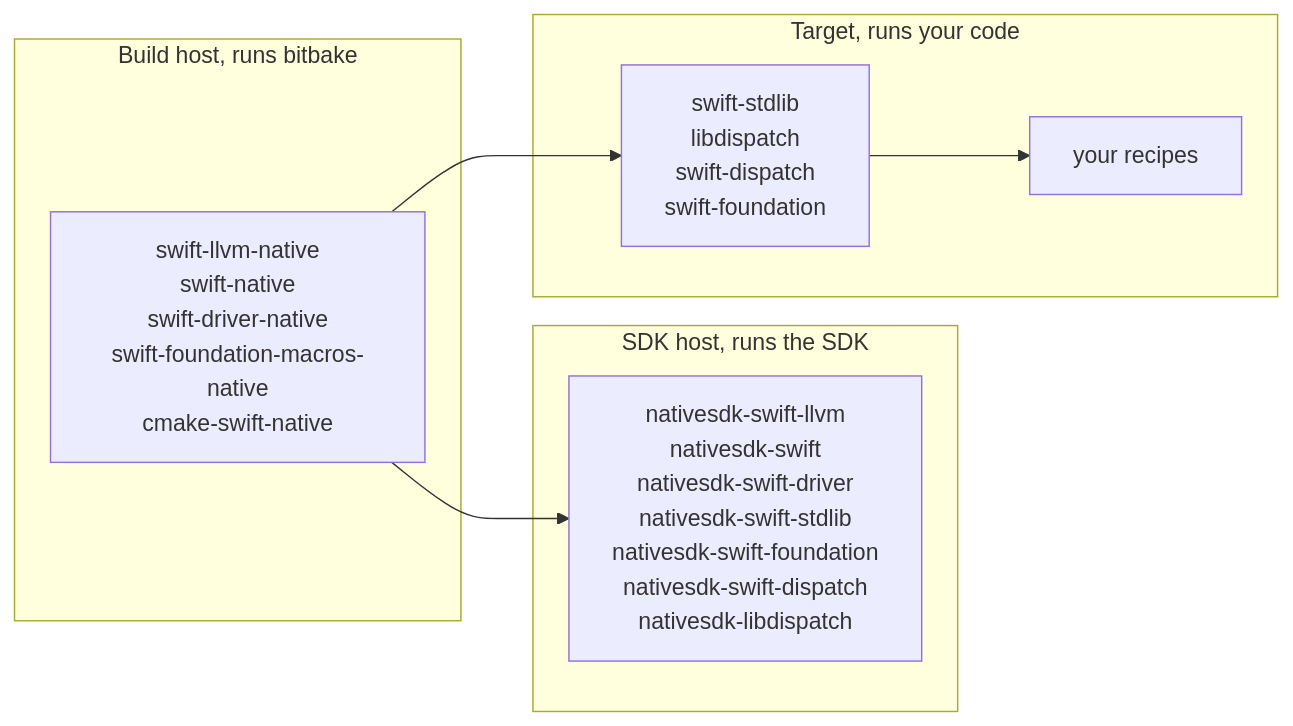
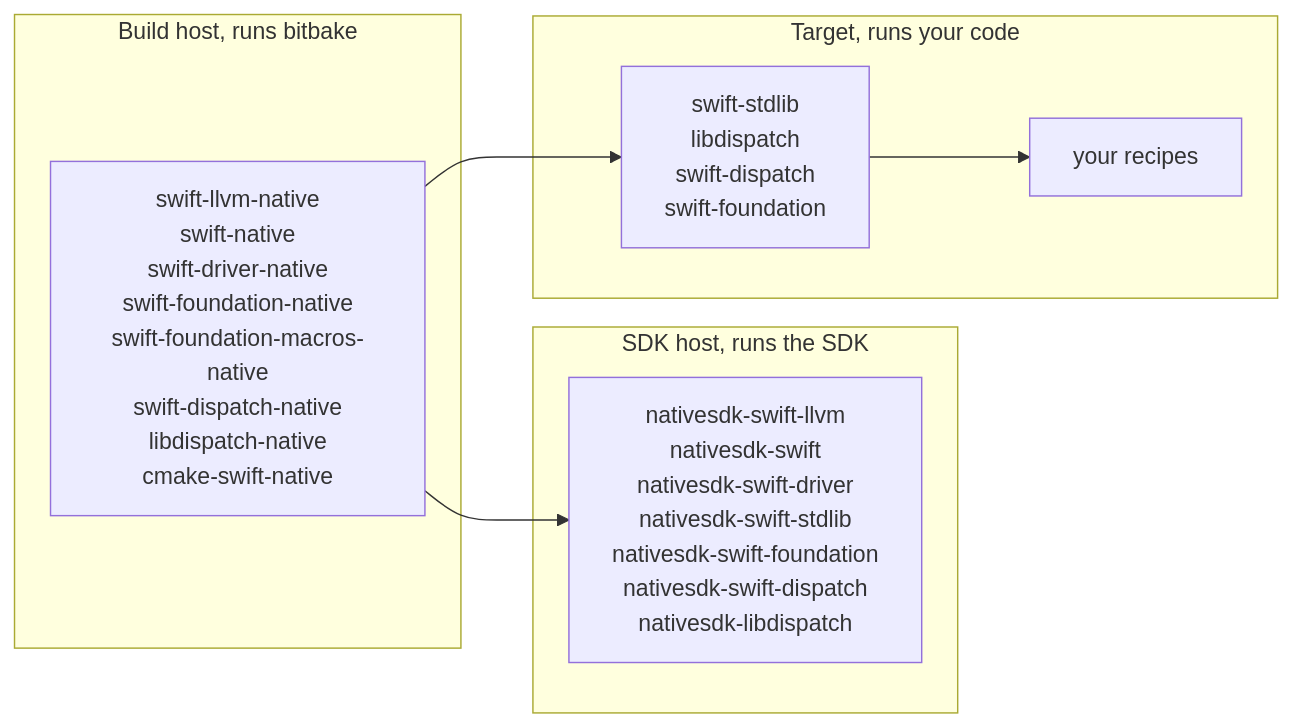
One commit to nikolaszimmermann/meta-swift changed the third of 3 diagrams in README.md. Above: the diagram before and after it, drawn with Mermaid. The commit also changed other lines of this file and 1 other file, not shown here.

First line of the commit message:
README: list the musl patch, the native recipes and the six compiler builds

````diff
--- a/README.md
+++ b/README.md
@@ -134,16 +137,16 @@
 ```mermaid
 flowchart LR
     subgraph build["Build host, runs bitbake"]
-        native["swift-llvm-native<br/>swift-native<br/>swift-driver-native<br/>swift-foundation-macros-native<br/>cmake-swift-native"]
+        native["swift-llvm-native<br/>swift-native<br/>swift-driver-native<br/>swift-foundation-native<br/>swift-foundation-macros-native<br/>swift-dispatch-native<br/>libdispatch-native<br/>cmake-swift-native"]
     end
     subgraph sdk["SDK host, runs the SDK"]
         nsdk["nativesdk-swift-llvm<br/>nativesdk-swift<br/>nativesdk-swift-driver<br/>nativesdk-swift-stdlib<br/>nativesdk-swift-foundation<br/>nativesdk-swift-dispatch<br/>nativesdk-libdispatch"]
     end
     subgraph target["Target, runs your code"]
         rt["swift-stdlib<br/>libdispatch<br/>swift-dispatch<br/>swift-foundation"]
         app["your recipes"]
     end
 
     native --> nsdk
     native --> rt --> app
 ```
````
